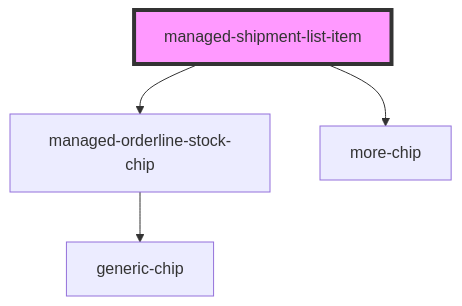
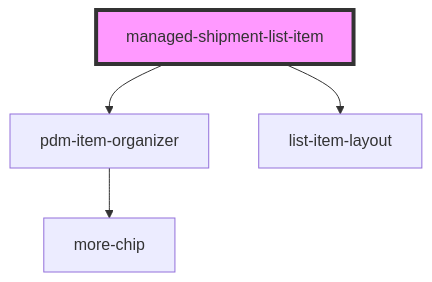
The diagram in pdm-web-components/src/components/managed-shipment-list-item/readme.md (PharmaLedger-IMI/fgt-workspace), drawn with Mermaid before and after one commit. The commit also changed other lines of this file and 129 other files, not shown here.

````diff
--- a/pdm-web-components/src/components/managed-shipment-list-item/readme.md
+++ b/pdm-web-components/src/components/managed-shipment-list-item/readme.md
@@ -46,7 +46,7 @@
 ```mermaid
 graph TD;
-  managed-shipment-list-item --> managed-orderline-stock-chip
-  managed-shipment-list-item --> more-chip
-  managed-orderline-stock-chip --> generic-chip
+  managed-shipment-list-item --> pdm-item-organizer
+  managed-shipment-list-item --> list-item-layout
+  pdm-item-organizer --> more-chip
   style managed-shipment-list-item fill:#f9f,stroke:#333,stroke-width:4px
 ```
````
